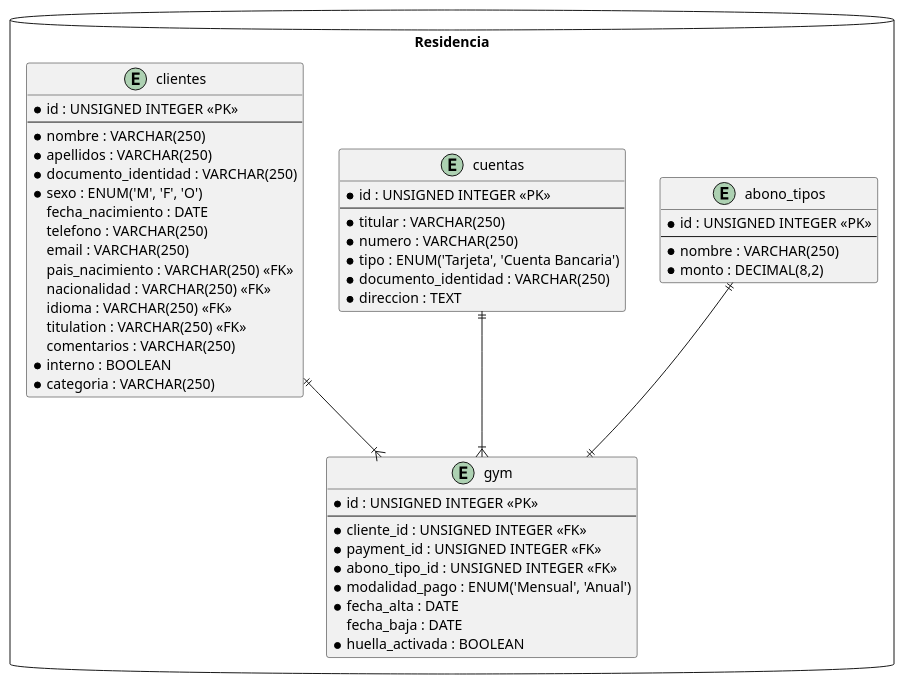
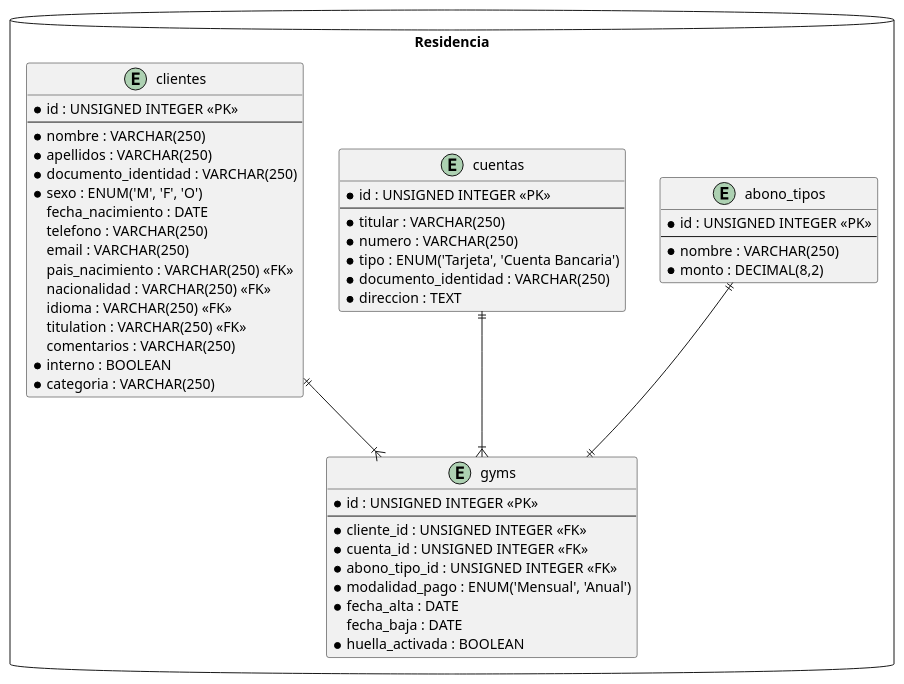
Before and after one commit to josueMerino/TFG-Docs: the diagram in gimnasio/diagramaFisicoBD.plantuml, drawn with PlantUML. The commit also changed 3 other files, not shown here.

```diff
--- a/gimnasio/diagramaFisicoBD.plantuml
+++ b/gimnasio/diagramaFisicoBD.plantuml
@@ -1,59 +1,59 @@
 @startuml
 package Residencia <<Database>>
 {
 
   entity abono_tipos{
     *id : UNSIGNED INTEGER <<PK>>
     --
     *nombre : VARCHAR(250)
     *monto : DECIMAL(8,2)
   }
 
 
   entity cuentas {
     *id : UNSIGNED INTEGER <<PK>>
     --
     *titular : VARCHAR(250)
     *numero : VARCHAR(250)
     *tipo : ENUM('Tarjeta', 'Cuenta Bancaria')
     *documento_identidad : VARCHAR(250)
     *direccion : TEXT
   }
 
-  entity gym {
+  entity gyms {
     *id : UNSIGNED INTEGER <<PK>>
     --
     *cliente_id : UNSIGNED INTEGER <<FK>>
-    *payment_id : UNSIGNED INTEGER <<FK>>
+    *cuenta_id : UNSIGNED INTEGER <<FK>>
     *abono_tipo_id : UNSIGNED INTEGER <<FK>>
     *modalidad_pago : ENUM('Mensual', 'Anual')
     *fecha_alta : DATE
     fecha_baja : DATE
     *huella_activada : BOOLEAN
   }
 
   entity clientes {
   *id : UNSIGNED INTEGER <<PK>>
   --
   *nombre : VARCHAR(250)
   *apellidos : VARCHAR(250)
   *documento_identidad : VARCHAR(250)
   *sexo : ENUM('M', 'F', 'O')
   fecha_nacimiento : DATE
   telefono : VARCHAR(250)
   email : VARCHAR(250)
   pais_nacimiento : VARCHAR(250) <<FK>> 
   nacionalidad : VARCHAR(250) <<FK>> 
   idioma : VARCHAR(250) <<FK>> 
   titulation : VARCHAR(250) <<FK>> 
   comentarios : VARCHAR(250)
   *interno : BOOLEAN
   *categoria : VARCHAR(250)
 }
 
-cuentas ||--|{ gym
-clientes ||--|{ gym
-abono_tipos ||--|| gym
+cuentas ||--|{ gyms
+clientes ||--|{ gyms
+abono_tipos ||--|| gyms
 }
 
 @enduml
```
